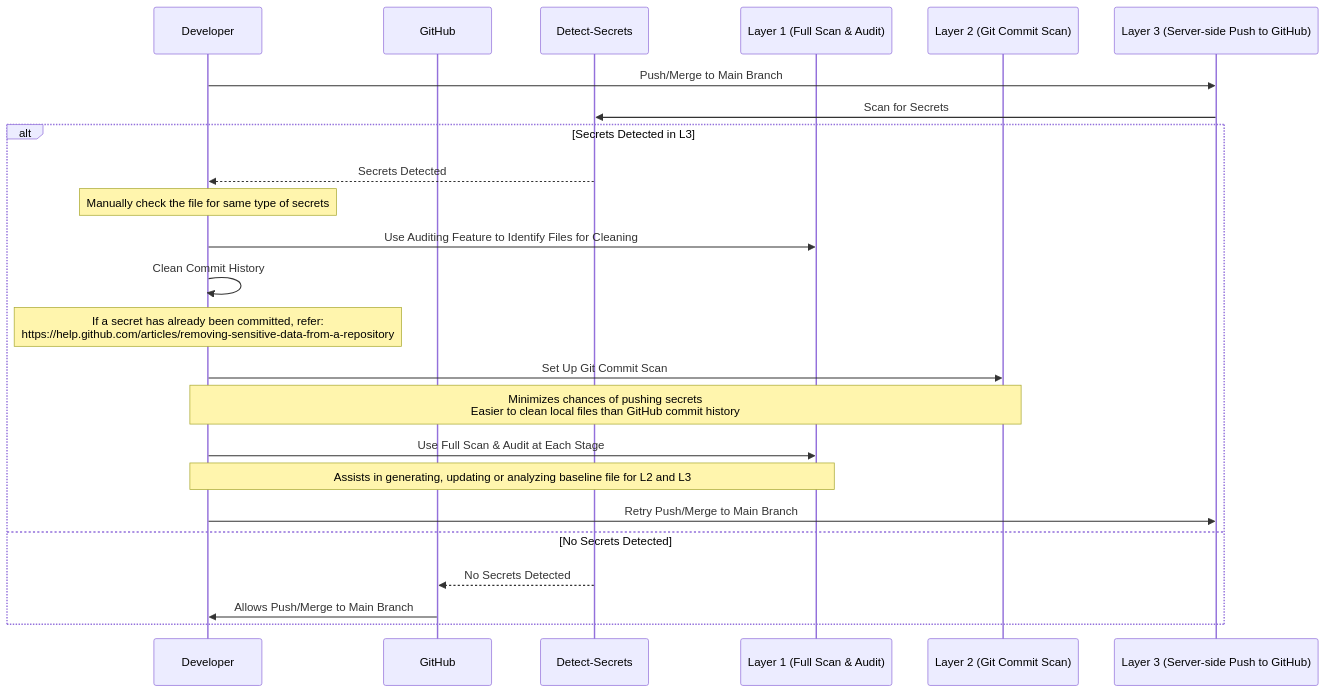
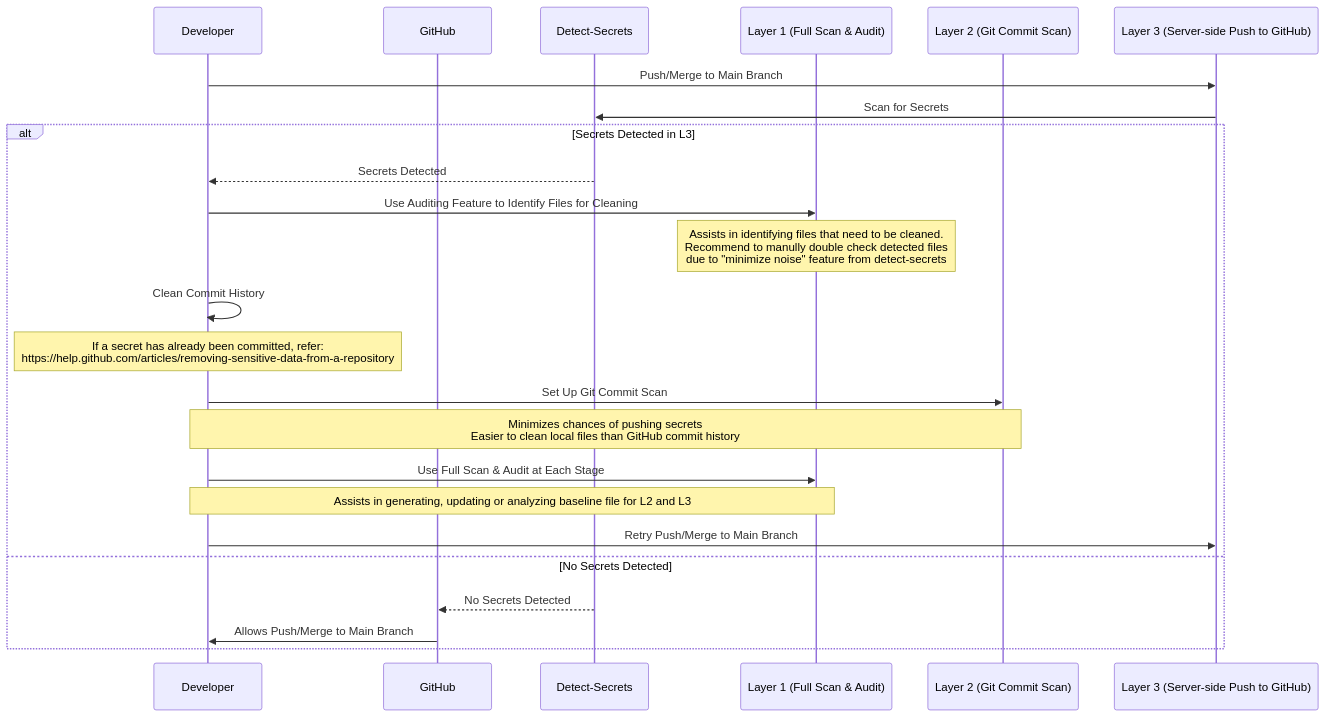
One commit to NASA-AMMOS/slim changed the sixth of 6 diagrams in continuous-testing/starter-kits/README.md. Above: the diagram before and after it, drawn with Mermaid. The commit also changed other lines of this file, not shown here.

Commit message:
Issue #89: Update documentation for detect-secrets

````diff
--- a/continuous-testing/starter-kits/README.md
+++ b/continuous-testing/starter-kits/README.md
@@ -305,28 +368,28 @@
 ```mermaid
 sequenceDiagram
     participant Dev as Developer
     participant GH as GitHub
     participant DS as Detect-Secrets
     participant L1 as Layer 1 (Full Scan & Audit)
     participant L2 as Layer 2 (Git Commit Scan)
     participant L3 as Layer 3 (Server-side Push to GitHub)
 
     Dev->>L3: Push/Merge to Main Branch
     L3->>DS: Scan for Secrets
     alt Secrets Detected in L3
         DS-->>Dev: Secrets Detected
-        Note over Dev: Manually check the file for same type of secrets
         Dev->>L1: Use Auditing Feature to Identify Files for Cleaning
+        Note over L1: Assists in identifying files that need to be cleaned. <br/> Recommend to manully double check detected files <br/> due to "minimize noise" feature from detect-secrets
         Dev->>Dev: Clean Commit History
         Note over Dev: If a secret has already been committed, refer: <br/> https://help.github.com/articles/removing-sensitive-data-from-a-repository
         Dev->>L2: Set Up Git Commit Scan
         Note over Dev, L2: Minimizes chances of pushing secrets <br/> Easier to clean local files than GitHub commit history
         Dev->>L1: Use Full Scan & Audit at Each Stage
         Note over Dev, L1: Assists in generating, updating or analyzing baseline file for L2 and L3
         Dev->>L3: Retry Push/Merge to Main Branch
     else No Secrets Detected
         DS-->>GH: No Secrets Detected
         GH->>Dev: Allows Push/Merge to Main Branch
     end
 
 ```
````
